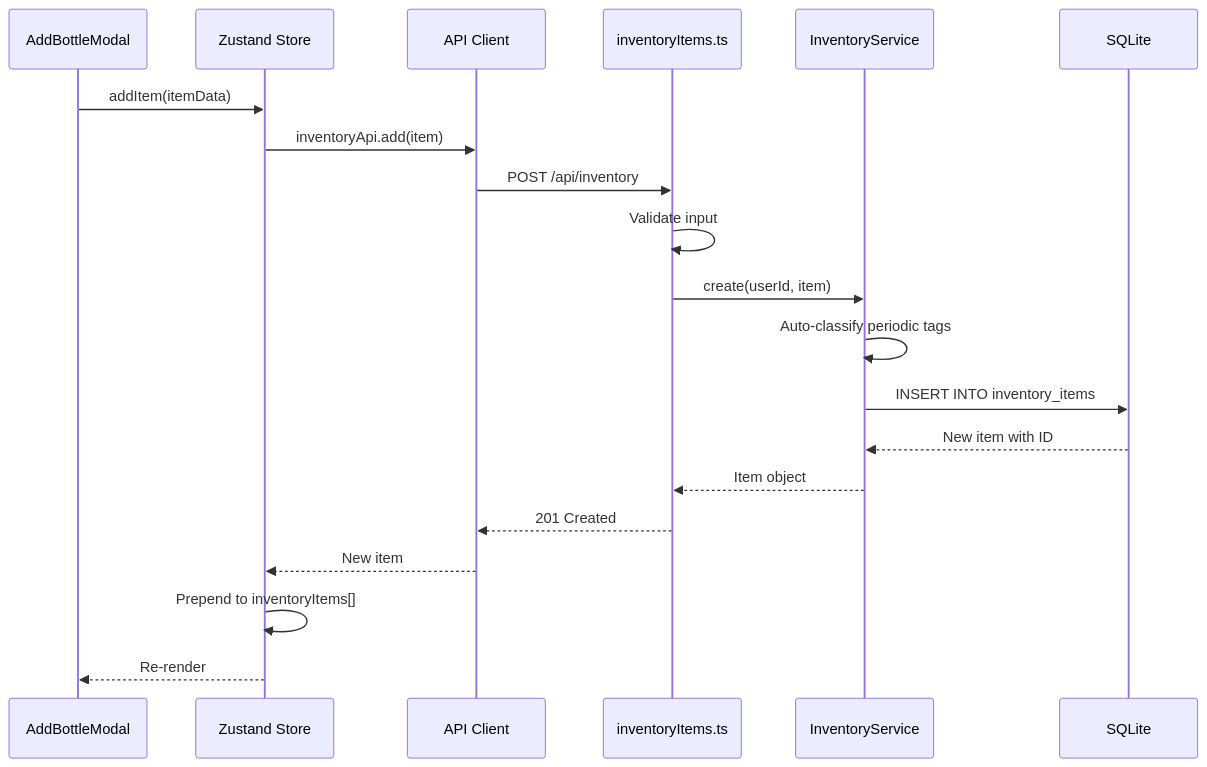
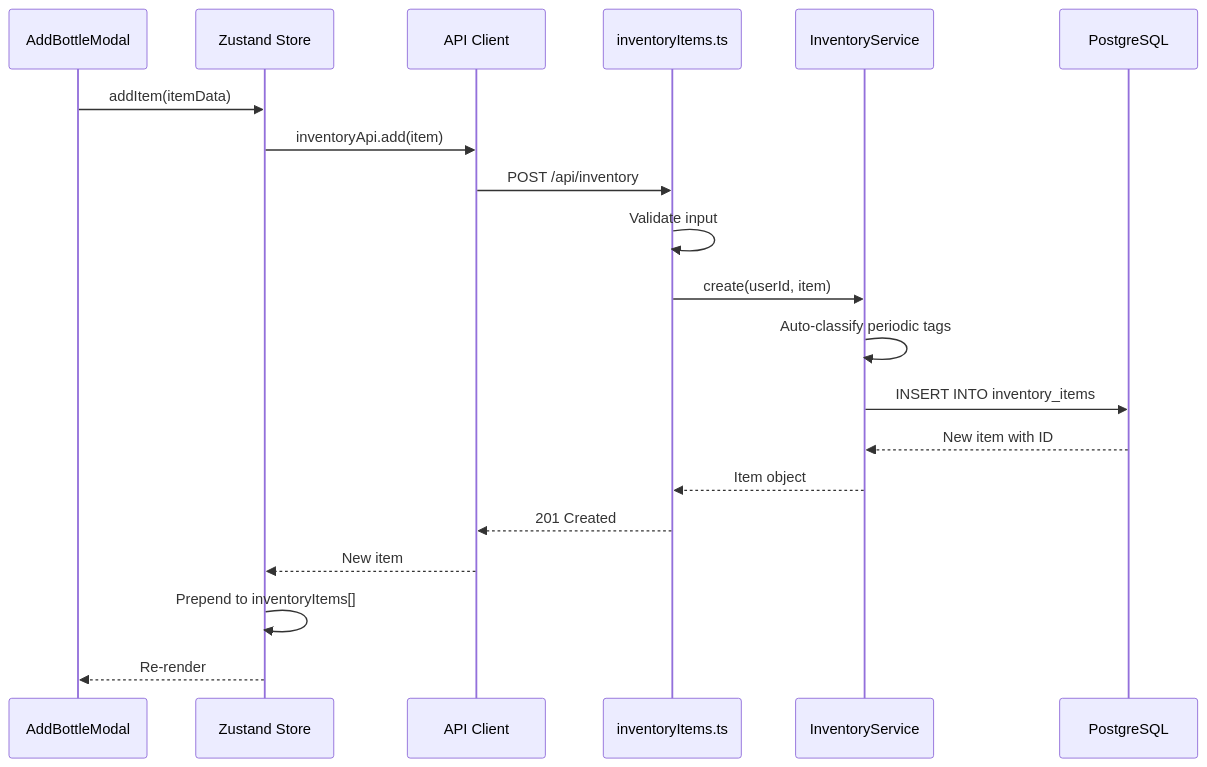
One commit to JLawMcGraw/alchemix changed the ninth of 12 diagrams in Documentation/ARCHITECTURE.md. Above: the diagram before and after it, drawn with Mermaid. The commit also changed other lines of this file and 48 other files, not shown here.

````diff
--- a/Documentation/ARCHITECTURE.md
+++ b/Documentation/ARCHITECTURE.md
@@ -670,23 +674,23 @@
 ```mermaid
 sequenceDiagram
     participant UI as AddBottleModal
     participant Store as Zustand Store
     participant API as API Client
     participant Route as inventoryItems.ts
     participant Service as InventoryService
-    participant DB as SQLite
+    participant DB as PostgreSQL
 
     UI->>Store: addItem(itemData)
     Store->>API: inventoryApi.add(item)
     API->>Route: POST /api/inventory
     Route->>Route: Validate input
     Route->>Service: create(userId, item)
     Service->>Service: Auto-classify periodic tags
     Service->>DB: INSERT INTO inventory_items
     DB-->>Service: New item with ID
     Service-->>Route: Item object
     Route-->>API: 201 Created
     API-->>Store: New item
     Store->>Store: Prepend to inventoryItems[]
     Store-->>UI: Re-render
 ```
````
